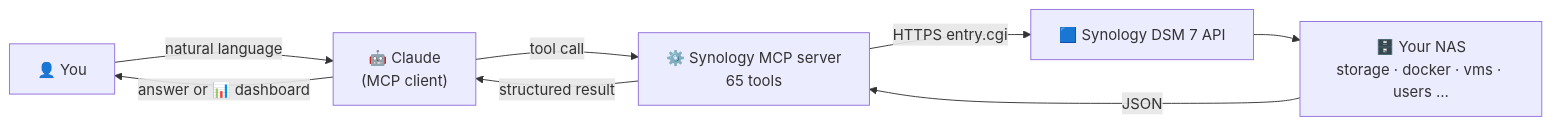
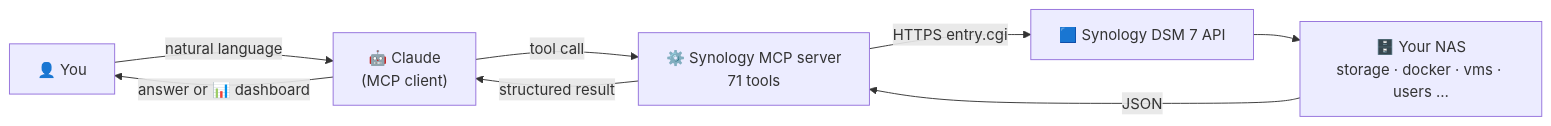
The first of 2 diagrams in README.md (rafalr100/synology-mcp), drawn with Mermaid before and after one commit. The commit also changed other lines of this file and 12 other files, not shown here.

````diff
--- a/README.md
+++ b/README.md
@@ -81,10 +81,10 @@
 ```mermaid
 flowchart LR
     U["👤 You"] -->|natural language| C["🤖 Claude<br/>(MCP client)"]
-    C -->|tool call| S["⚙️ Synology MCP server<br/>65 tools"]
+    C -->|tool call| S["⚙️ Synology MCP server<br/>71 tools"]
     S -->|HTTPS entry.cgi| D["🟦 Synology DSM 7 API"]
     D --> N["🗄️ Your NAS<br/>storage · docker · vms · users …"]
     N -->|JSON| S
     S -->|structured result| C
     C -->|answer or 📊 dashboard| U
 ```
````
